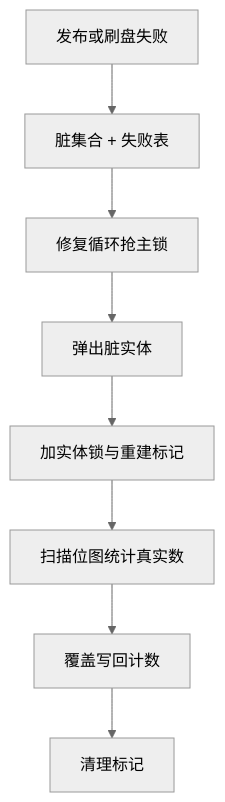
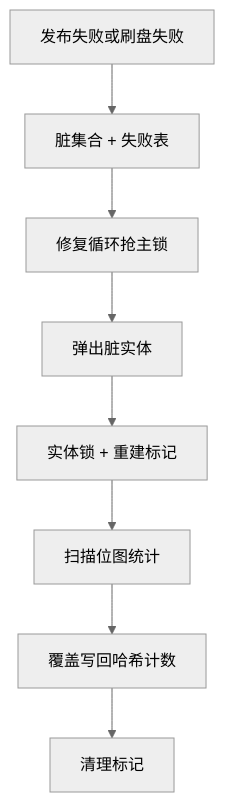
Before and after one commit to bitladykiller/zhiguang_go: the third of 4 diagrams in docs/modules/05-点赞收藏计数模块.md, drawn with Mermaid (neutral theme). The commit also changed other lines of this file and 13 other files, not shown here.

````diff
--- a/docs/modules/05-点赞收藏计数模块.md
+++ b/docs/modules/05-点赞收藏计数模块.md
@@ -527,10 +104,10 @@
 ```mermaid
 flowchart TD
-    A[发布或刷盘失败] --> B[脏集合 + 失败表]
+    A[发布失败或刷盘失败] --> B[脏集合 + 失败表]
     B --> C[修复循环抢主锁]
     C --> D[弹出脏实体]
-    D --> E[加实体锁与重建标记]
-    E --> F[扫描位图统计真实数]
-    F --> G[覆盖写回计数]
+    D --> E[实体锁 + 重建标记]
+    E --> F[扫描位图统计]
+    F --> G[覆盖写回哈希计数]
     G --> H[清理标记]
 ```
````
